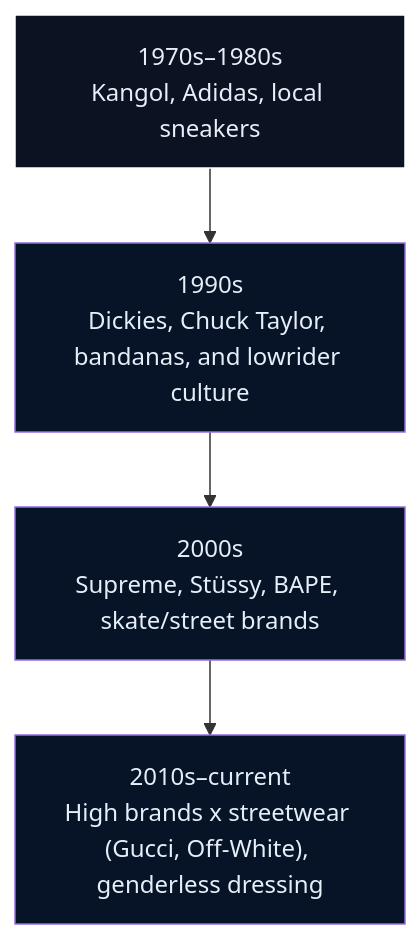
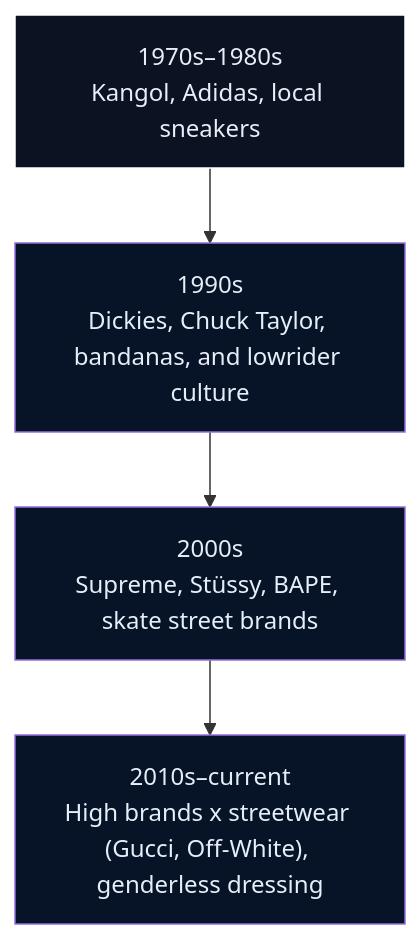
The diagram in en/_posts/2025-09-20-Column-Westcoast-Hiphop-History.md (monumental-movement/monumental-movement.github.io), drawn with Mermaid before and after one commit. The commit also changed other lines of this file and 375 other files, not shown here.

```diff
--- a/en/_posts/2025-09-20-Column-Westcoast-Hiphop-History.md
+++ b/en/_posts/2025-09-20-Column-Westcoast-Hiphop-History.md
@@ -162,10 +162,10 @@
 <div class="mermaid">
 flowchart TD
   style A fill:#0b1221,stroke:#ffffff,stroke-width:1px
   A["1970s–1980s\nKangol, Adidas, local sneakers"] --> B["1990s\nDickies, Chuck Taylor, bandanas, and lowrider culture"]
-  B --> C["2000s\nSupreme, Stüssy, BAPE, skate/street brands"]
+  B --> C["2000s\nSupreme, Stüssy, BAPE, skate street brands"]
   C --> D["2010s–current\nHigh brands x streetwear (Gucci, Off-White), genderless dressing"]
 
   classDef decades fill:#071428,color:#e6eef8
   class A,B,C,D decades
 </div>
```
